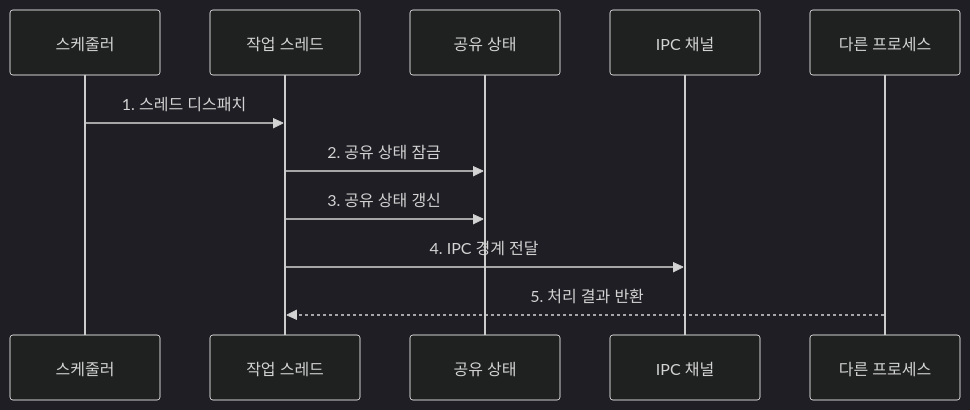
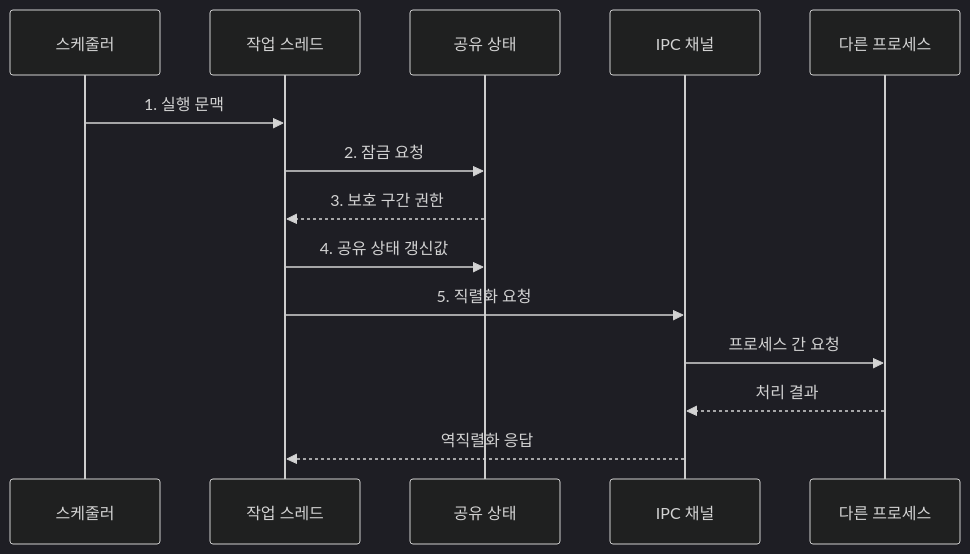
One commit to agnusdei1207/knowledge-base changed the second of 2 diagrams in src/content/docs/notes/03-software/001_process_vs_thread.md. Above: the diagram before and after it, drawn with Mermaid (dark theme). The commit also changed other lines of this file and 20 other files, not shown here.

````diff
--- a/src/content/docs/notes/03-software/001_process_vs_thread.md
+++ b/src/content/docs/notes/03-software/001_process_vs_thread.md
@@ -88,13 +96,16 @@
 ```mermaid
 sequenceDiagram
     participant S as 스케줄러
     participant T as 작업 스레드
     participant L as 공유 상태
     participant I as IPC 채널
     participant P as 다른 프로세스
-    S->>T: 1. 스레드 디스패치
-    T->>L: 2. 공유 상태 잠금
-    T->>L: 3. 공유 상태 갱신
-    T->>I: 4. IPC 경계 전달
-    P-->>T: 5. 처리 결과 반환
+    S->>T: 1. 실행 문맥
+    T->>L: 2. 잠금 요청
+    L-->>T: 3. 보호 구간 권한
+    T->>L: 4. 공유 상태 갱신값
+    T->>I: 5. 직렬화 요청
+    I->>P: 프로세스 간 요청
+    P-->>I: 처리 결과
+    I-->>T: 역직렬화 응답
 ```
````
